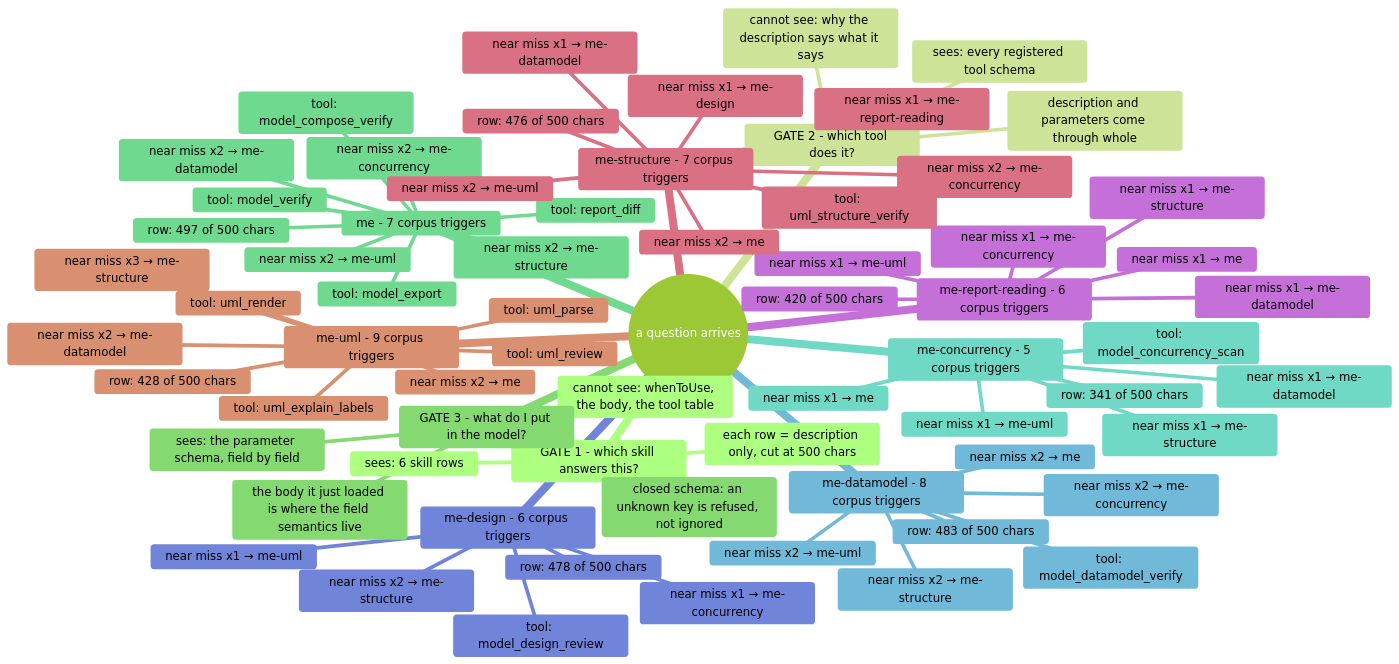
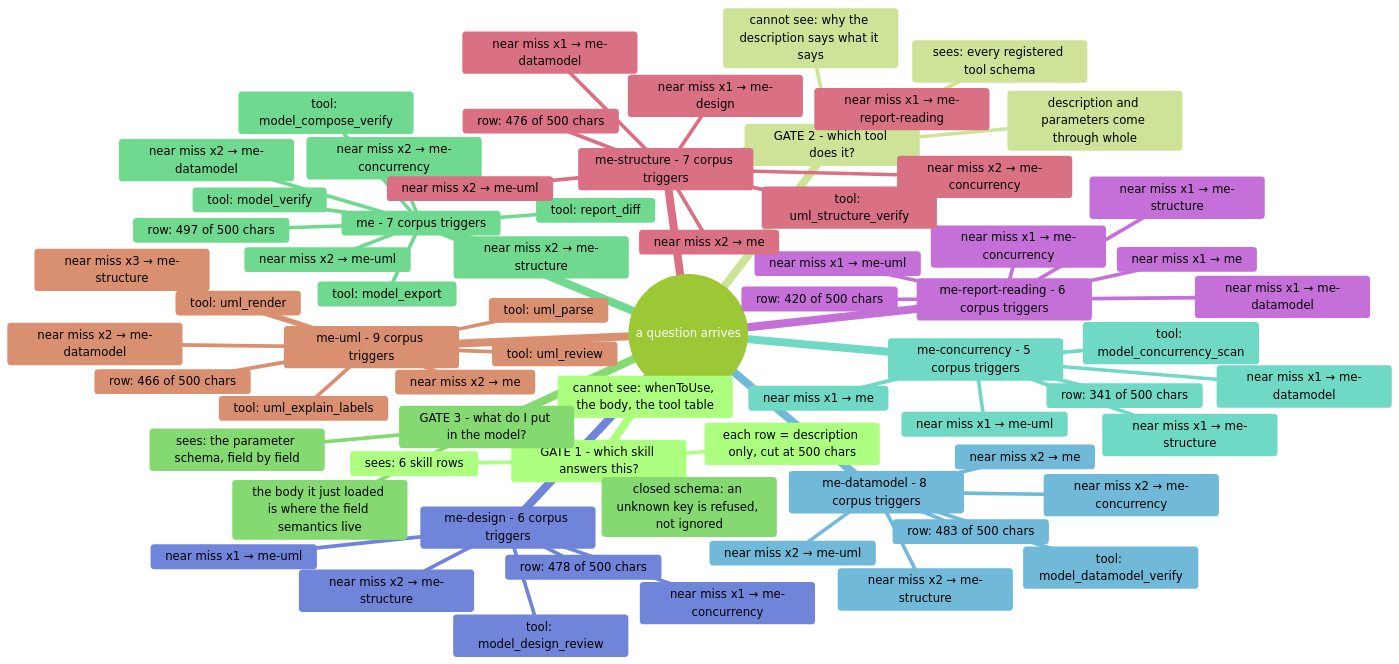
The diagram in docs/routing-map.md (AmethystLuna/dsh-model-everything), drawn with Mermaid (forest theme) before and after one commit. The commit also changed other lines of this file and 5 other files, not shown here.

First line of the commit message:
fix(skills): the UML row handed every class diagram to a skill that does not draw

````diff
--- a/docs/routing-map.md
+++ b/docs/routing-map.md
@@ -9,71 +9,71 @@
 ```mermaid
 mindmap
   root((a question arrives))
     GATE 1 - which skill answers this?
       sees: 6 skill rows
       each row = description only, cut at 500 chars
       cannot see: whenToUse, the body, the tool table
     GATE 2 - which tool does it?
       sees: every registered tool schema
       description and parameters come through whole
       cannot see: why the description says what it says
     GATE 3 - what do I put in the model?
       sees: the parameter schema, field by field
       closed schema: an unknown key is refused, not ignored
       the body it just loaded is where the field semantics live
     me - 7 corpus triggers
       row: 497 of 500 chars
       tool: model_verify
       tool: model_compose_verify
       tool: model_export
       tool: report_diff
       near miss x2 → me-concurrency
       near miss x2 → me-datamodel
       near miss x2 → me-structure
       near miss x2 → me-uml
     me-concurrency - 5 corpus triggers
       row: 341 of 500 chars
       tool: model_concurrency_scan
       near miss x1 → me
       near miss x1 → me-datamodel
       near miss x1 → me-uml
       near miss x1 → me-structure
     me-datamodel - 8 corpus triggers
       row: 483 of 500 chars
       tool: model_datamodel_verify
       near miss x2 → me-uml
       near miss x2 → me-concurrency
       near miss x2 → me
       near miss x2 → me-structure
     me-design - 6 corpus triggers
       row: 478 of 500 chars
       tool: model_design_review
       near miss x2 → me-structure
       near miss x1 → me-uml
       near miss x1 → me-concurrency
     me-report-reading - 6 corpus triggers
       row: 420 of 500 chars
       near miss x1 → me
       near miss x1 → me-concurrency
       near miss x1 → me-datamodel
       near miss x1 → me-structure
       near miss x1 → me-uml
     me-structure - 7 corpus triggers
       row: 476 of 500 chars
       tool: uml_structure_verify
       near miss x2 → me-uml
       near miss x2 → me-concurrency
       near miss x2 → me
       near miss x1 → me-datamodel
       near miss x1 → me-design
       near miss x1 → me-report-reading
     me-uml - 9 corpus triggers
-      row: 428 of 500 chars
+      row: 466 of 500 chars
       tool: uml_render
       tool: uml_parse
       tool: uml_review
       tool: uml_explain_labels
       near miss x3 → me-structure
       near miss x2 → me
       near miss x2 → me-datamodel
 ```
````
